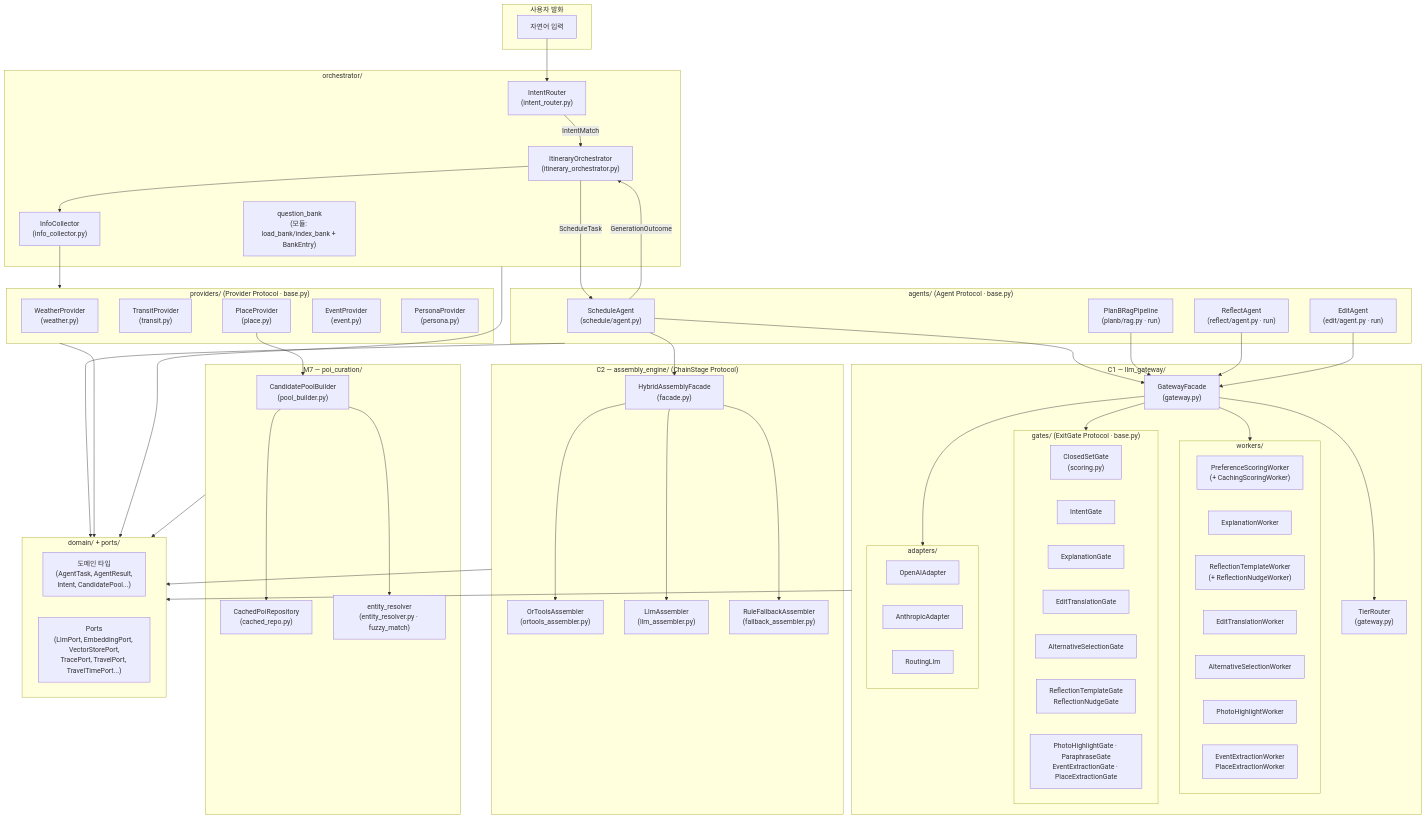
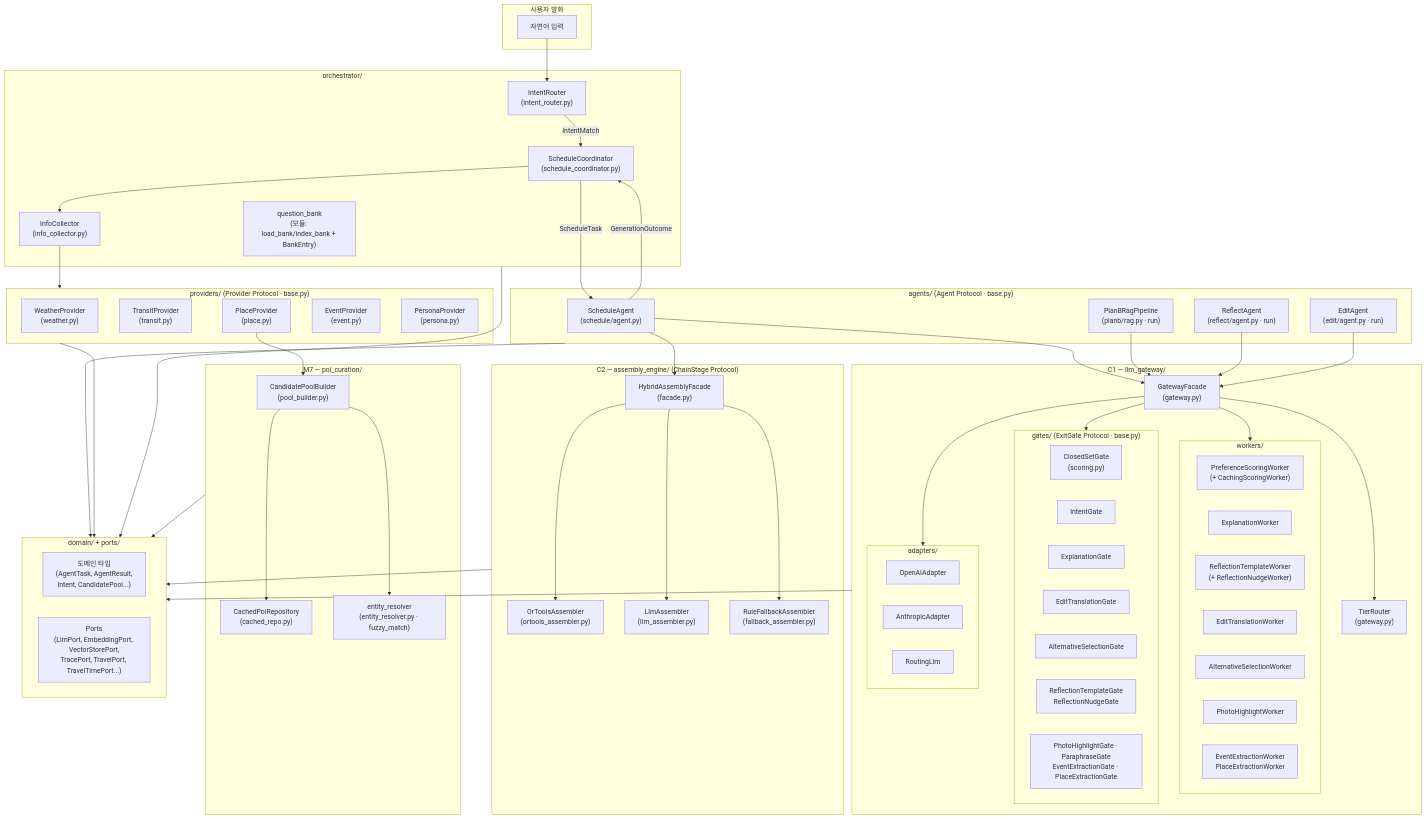
The diagram in ai/mermaid/01-architecture-overview.md (ASM-TripPilot/trippilot), drawn with Mermaid before and after one commit. The commit also changed 20 other files, not shown here.

First line of the commit message:
refactor(ai): 재계획이 드디어 날씨를 본다 — 경계가 요구표(InfoCollector)를 거치게 + ItineraryOrchestrator 개명

```diff
--- a/ai/mermaid/01-architecture-overview.md
+++ b/ai/mermaid/01-architecture-overview.md
@@ -10,7 +10,7 @@
 
     subgraph Orchestrator["orchestrator/"]
         IR["IntentRouter<br/>(intent_router.py)"]
-        IO["ItineraryOrchestrator<br/>(itinerary_orchestrator.py)"]
+        IO["ScheduleCoordinator<br/>(schedule_coordinator.py)"]
         IC["InfoCollector<br/>(info_collector.py)"]
         QB["question_bank<br/>(모듈: load_bank/index_bank + BankEntry)"]
     end
```
